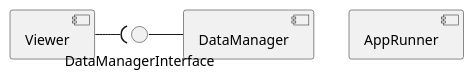
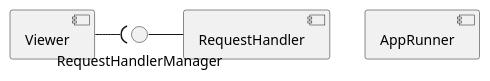
The first of 2 diagrams in doc/diagrams/src/components.puml (NMeswania/DnD_App), drawn with PlantUML before and after one commit. The commit also changed other lines of this file and 11 other files, not shown here.

Commit message:
rENAMe data manager classes to request handler

```diff
--- a/doc/diagrams/src/components.puml
+++ b/doc/diagrams/src/components.puml
@@ -1,12 +1,12 @@
 @startuml component_diagram
 
 component AppRunner
 component Viewer
-component DataManager
+component RequestHandler
 
-interface DataManagerInterface
+interface RequestHandlerManager
 
-Viewer -( DataManagerInterface
-DataManagerInterface - DataManager
+Viewer -( RequestHandlerManager
+RequestHandlerManager - RequestHandler
 
 @enduml
```
